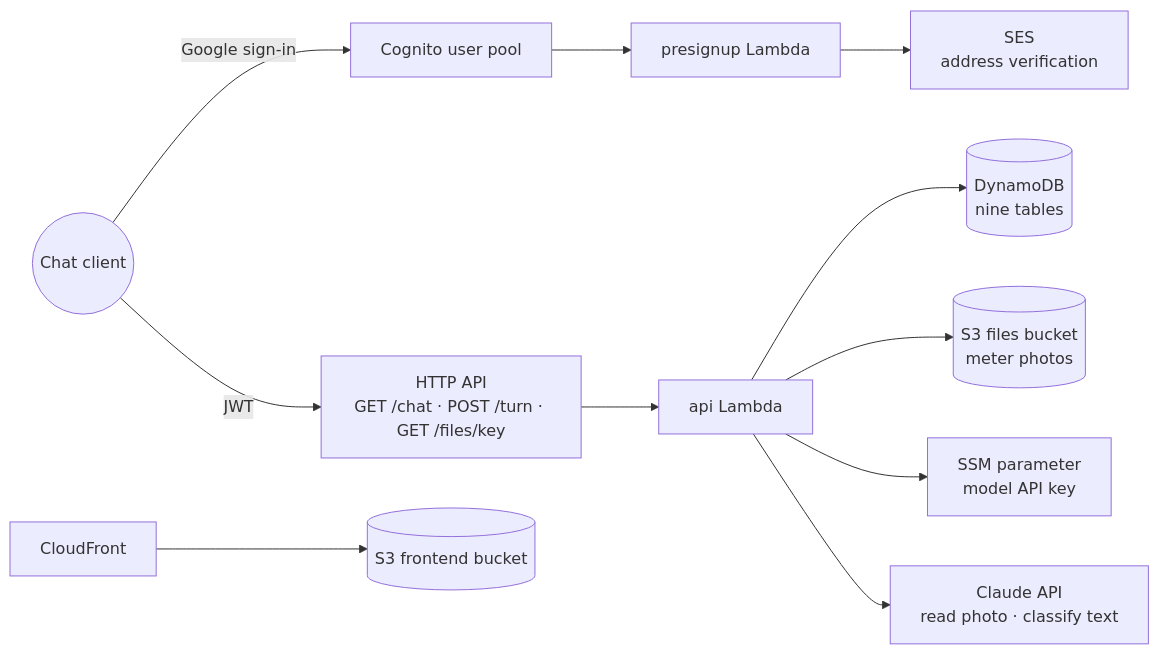
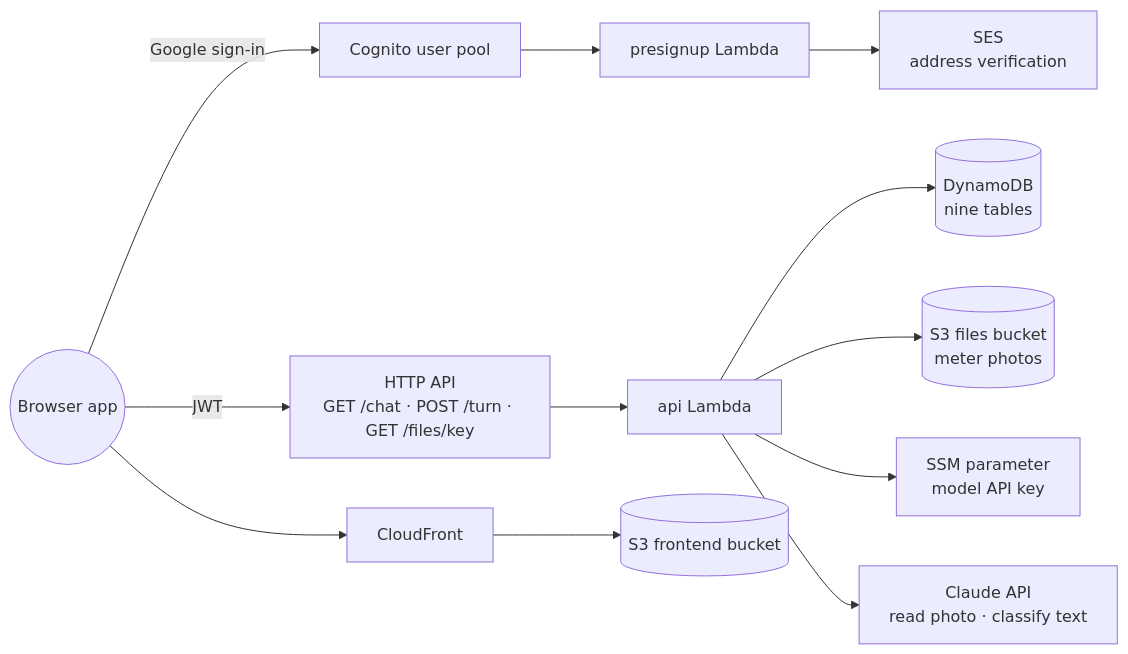
One commit to erancha/meters-tracker changed the diagram in docs/architecture.md. Above: the diagram before and after it, drawn with Mermaid. The commit also changed other lines of this file and 101 other files, not shown here.

First line of the commit message:
Add the initial browser app, so owners reach the chat backend from a phone or desktop

````diff
--- a/docs/architecture.md
+++ b/docs/architecture.md
@@ -11,13 +11,14 @@
 ```mermaid
 graph LR
-    C((Chat client)) -->|Google sign-in| COG[Cognito user pool]
+    C((Browser app)) -->|Google sign-in| COG[Cognito user pool]
     COG --> PRE[presignup Lambda]
     PRE --> SES[SES<br/>address verification]
     C -->|JWT| API[HTTP API<br/>GET /chat · POST /turn · GET /files/key]
     API --> L[api Lambda]
     L --> DB[(DynamoDB<br/>nine tables)]
     L --> S3[(S3 files bucket<br/>meter photos)]
     L --> SSM[SSM parameter<br/>model API key]
     L --> CL[Claude API<br/>read photo · classify text]
     CF[CloudFront] --> FB[(S3 frontend bucket)]
+    C --> CF
 ```
````
